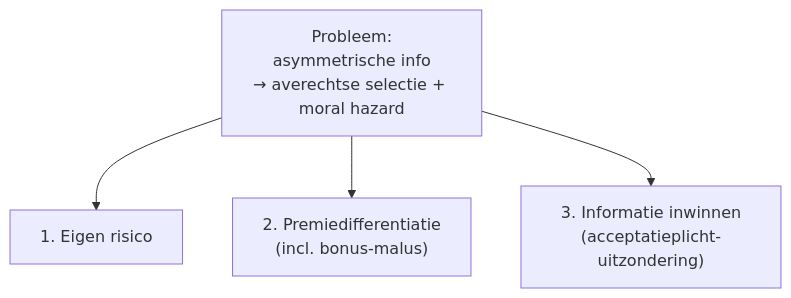
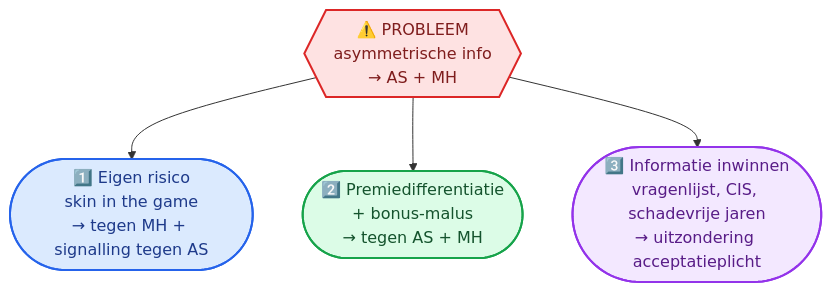
Diagram 17 of 23 in Volledige_Samenvatting_H1_H2.md (ateknol/HAVO-Economie-examen), drawn with Mermaid before and after one commit. The commit also changed other lines of this file and 3 other files, not shown here.

````diff
--- a/Volledige_Samenvatting_H1_H2.md
+++ b/Volledige_Samenvatting_H1_H2.md
@@ -826,7 +1148,21 @@
 ```mermaid
 flowchart TD
-    Probl["Probleem:<br/>asymmetrische info<br/>→ averechtse selectie + moral hazard"]
-    Probl --> I1["1. Eigen risico"]
-    Probl --> I2["2. Premiedifferentiatie<br/>(incl. bonus-malus)"]
-    Probl --> I3["3. Informatie inwinnen<br/>(acceptatieplicht-uitzondering)"]
+    Probl{{"⚠️ PROBLEEM<br/>asymmetrische info<br/>→ AS + MH"}}
+    I1(["1️⃣ Eigen risico<br/>skin in the game<br/>→ tegen MH + signalling tegen AS"])
+    I2(["2️⃣ Premiedifferentiatie<br/>+ bonus-malus<br/>→ tegen AS + MH"])
+    I3(["3️⃣ Informatie inwinnen<br/>vragenlijst, CIS, schadevrije jaren<br/>→ uitzondering acceptatieplicht"])
+
+    Probl --> I1
+    Probl --> I2
+    Probl --> I3
+
+    classDef term fill:#fee2e2,stroke:#dc2626,stroke-width:2px,color:#7f1d1d
+    classDef cons fill:#dbeafe,stroke:#2563eb,stroke-width:2px,color:#1e3a8a
+    classDef prod fill:#dcfce7,stroke:#16a34a,stroke-width:2px,color:#14532d
+    classDef overheid fill:#f3e8ff,stroke:#9333ea,stroke-width:2px,color:#581c87
+
+    class Probl term
+    class I1 cons
+    class I2 prod
+    class I3 overheid
 ```
````
